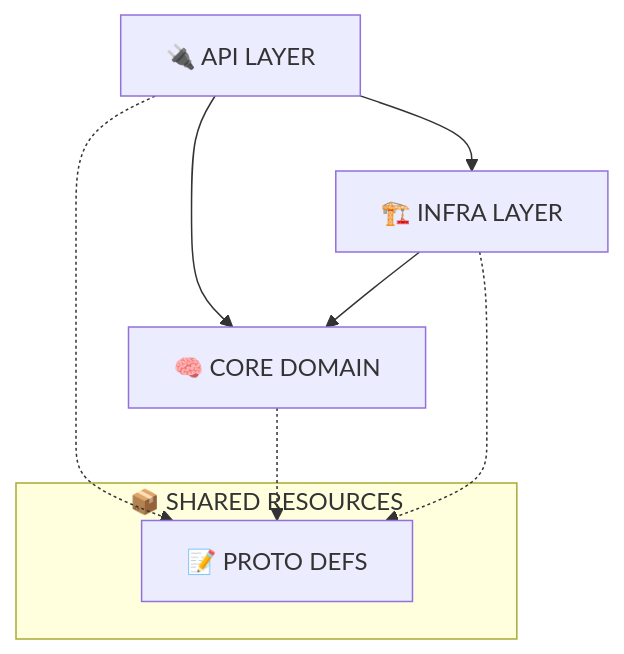
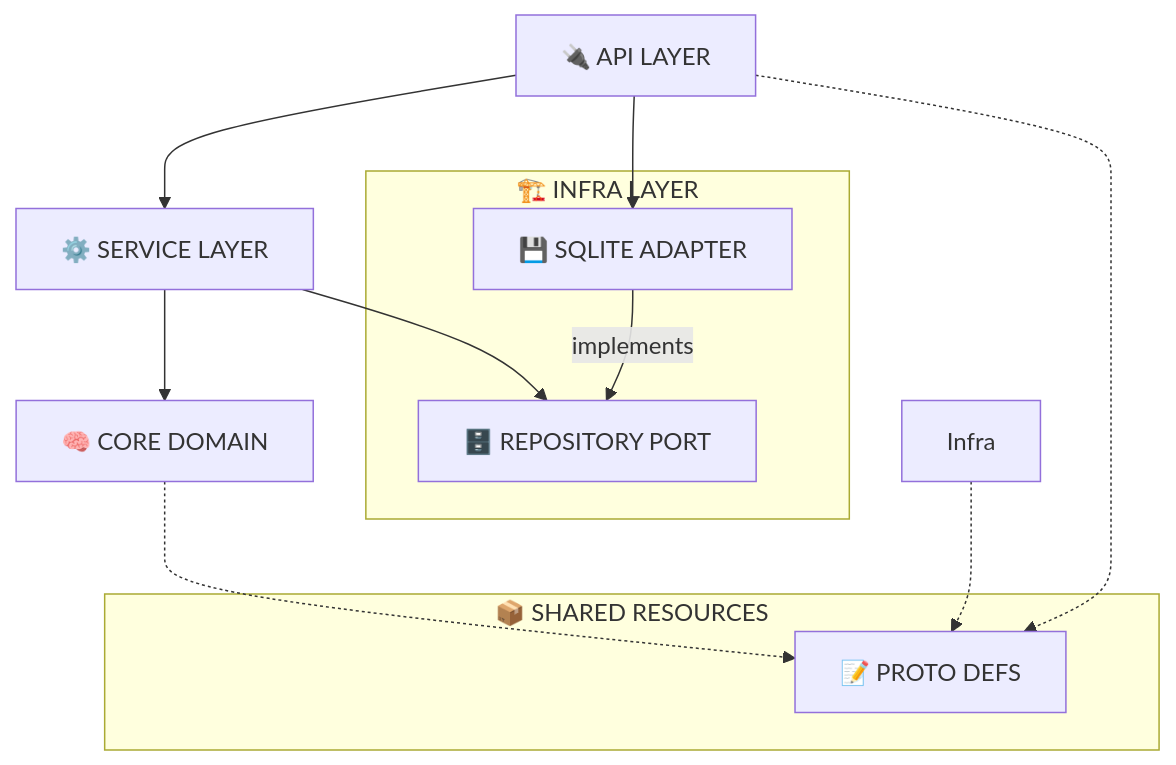
Before and after one commit to matinsanei/worpen: the diagram in backend/README.md, drawn with Mermaid. The commit also changed other lines of this file and 12 other files, not shown here.

Commit message:
docs: Update README with Service Layer and SQLite architecture details

````diff
--- a/backend/README.md
+++ b/backend/README.md
@@ -20,14 +20,20 @@
 ```mermaid
 graph TD
-    API[🔌 API LAYER] --> Core[🧠 CORE DOMAIN]
-    API --> Infra[🏗️ INFRA LAYER]
-    Infra --> Core
+    API[🔌 API LAYER] --> Service[⚙️ SERVICE LAYER]
+    Service --> Core[🧠 CORE DOMAIN]
+    Service --> Repo[🗄️ REPOSITORY PORT]
+    
+    subgraph INFRA [🏗️ INFRA LAYER]
+        Sqlite[💾 SQLITE ADAPTER] -- implements --> Repo
+    end
+    
+    API --> Sqlite
     
     subgraph SHARED [📦 SHARED RESOURCES]
         Proto[📝 PROTO DEFS]
     end
     
     API -.-> Proto
     Core -.-> Proto
     Infra -.-> Proto
 ```
````
